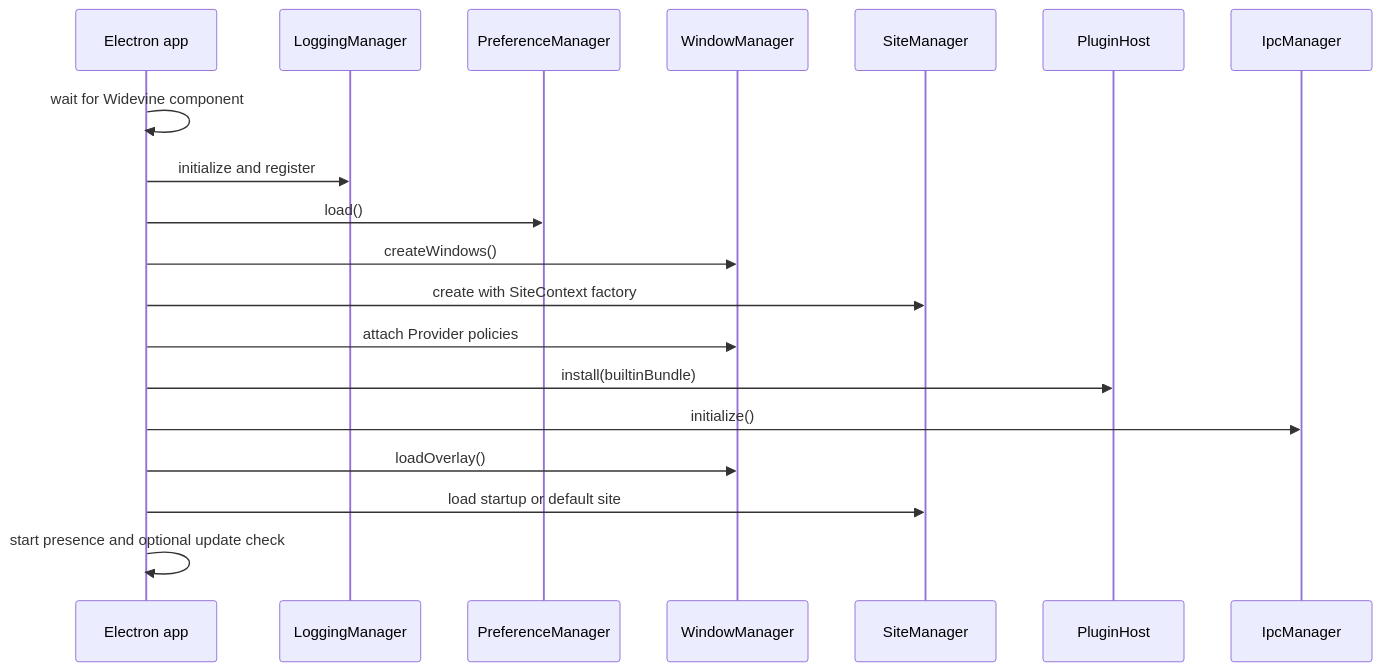
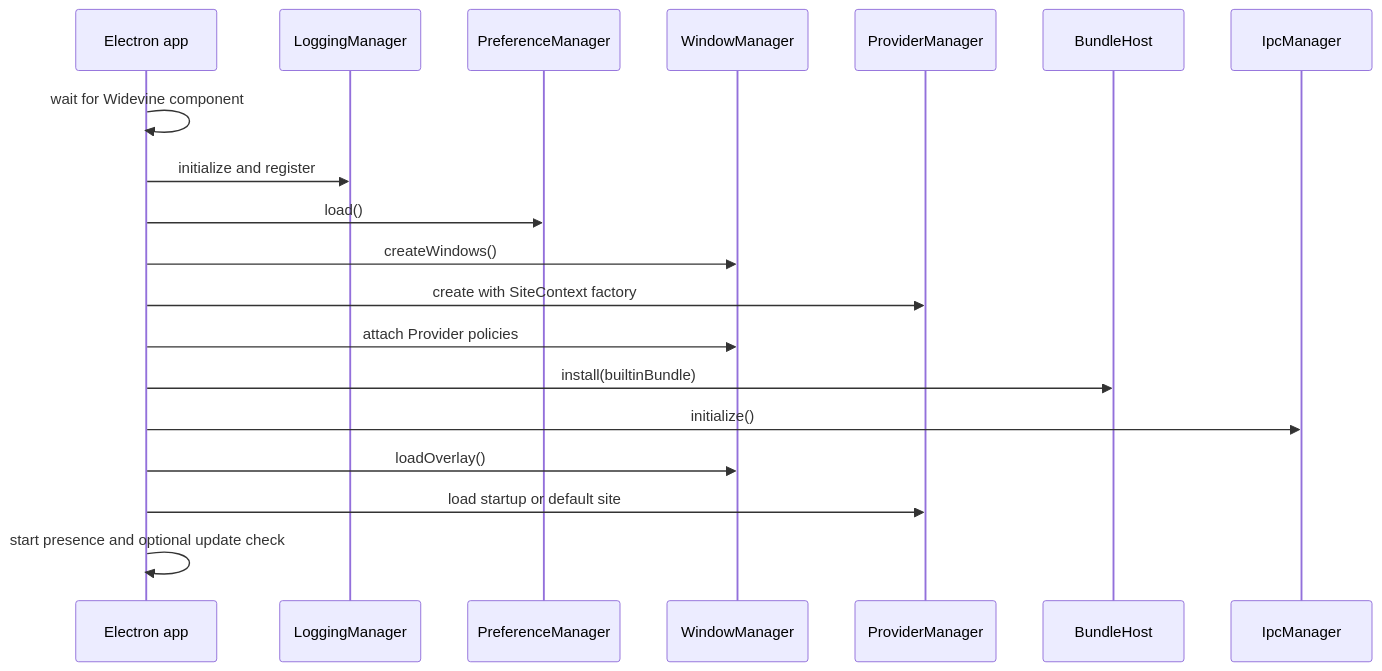
Before and after one commit to fabyday/kawaikara: the second of 2 diagrams in docs/Developer/Architecture/1.Overview.md, drawn with Mermaid. The commit also changed other lines of this file and 294 other files, not shown here.

````diff
--- a/docs/Developer/Architecture/1.Overview.md
+++ b/docs/Developer/Architecture/1.Overview.md
@@ -67,22 +122,22 @@
 ```mermaid
 sequenceDiagram
   participant Electron as Electron app
   participant Logging as LoggingManager
   participant Preferences as PreferenceManager
   participant Windows as WindowManager
-  participant Sites as SiteManager
-  participant Plugins as PluginHost
+  participant Sites as ProviderManager
+  participant Bundles as BundleHost
   participant IPC as IpcManager
 
   Electron->>Electron: wait for Widevine component
   Electron->>Logging: initialize and register
   Electron->>Preferences: load()
   Electron->>Windows: createWindows()
   Electron->>Sites: create with SiteContext factory
   Electron->>Windows: attach Provider policies
-  Electron->>Plugins: install(builtinBundle)
+  Electron->>Bundles: install(builtinBundle)
   Electron->>IPC: initialize()
   Electron->>Windows: loadOverlay()
   Electron->>Sites: load startup or default site
   Electron->>Electron: start presence and optional update check
 ```
````
